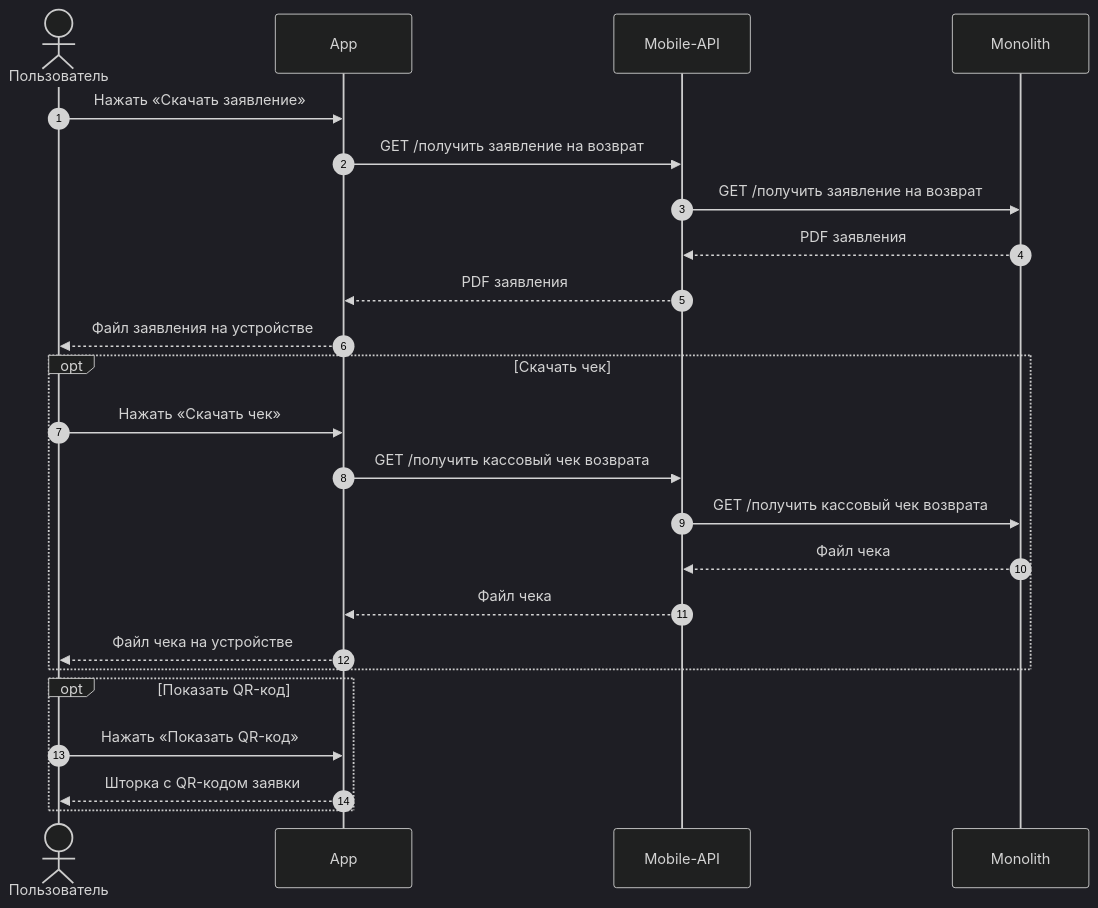
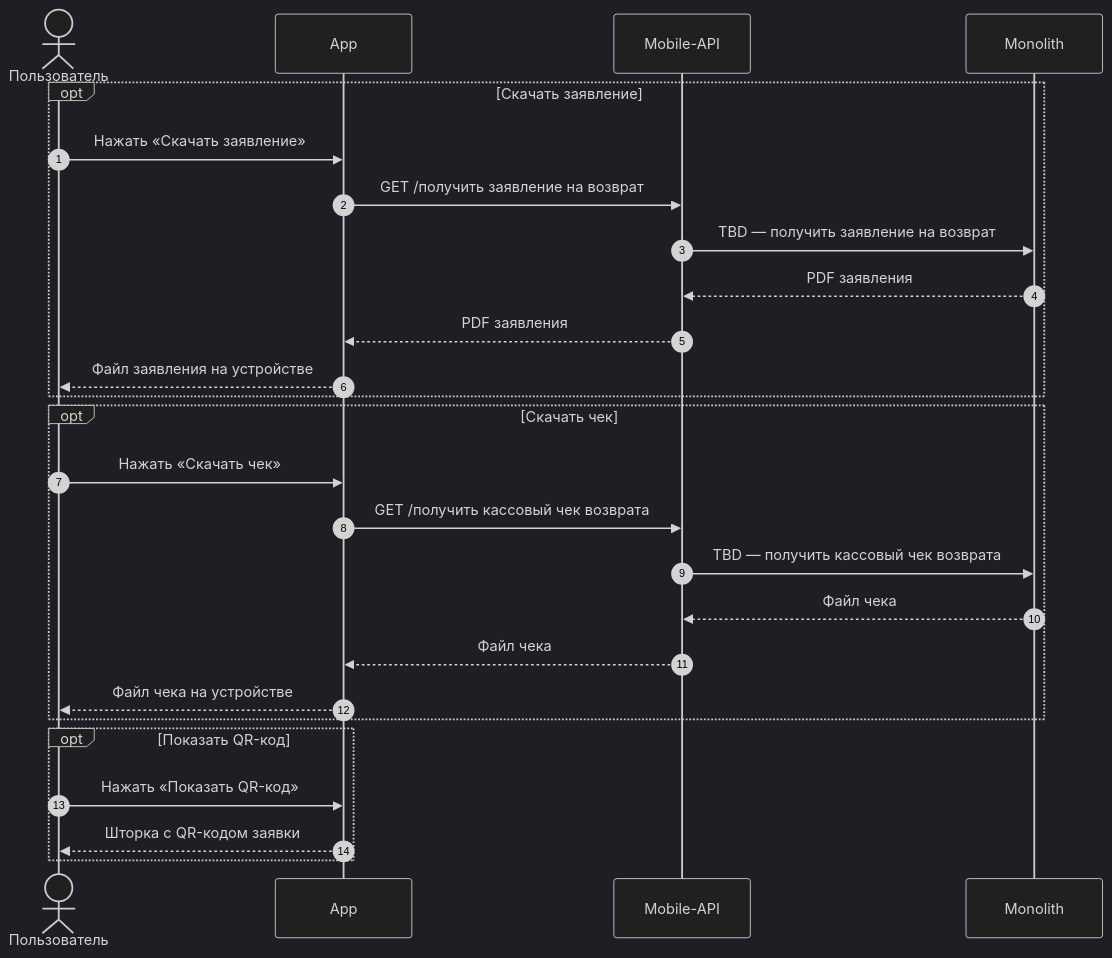
Before and after one commit to Terinss155/opencode-agents-analysis: diagram 20 of 21 in projects/returns-2.0/requirements/srs/srs-mobile-mvp.md, drawn with Mermaid (dark theme). The commit also changed other lines of this file and 6 other files, not shown here.

````diff
--- a/projects/returns-2.0/requirements/srs/srs-mobile-mvp.md
+++ b/projects/returns-2.0/requirements/srs/srs-mobile-mvp.md
@@ -1334,29 +1358,31 @@
 ```mermaid
 sequenceDiagram
     autonumber
     actor U as Пользователь
     participant APP as App
     participant API as Mobile-API
     participant MON as Monolith
 
-    U->>APP: Нажать «Скачать заявление»
-    APP->>API: GET /получить заявление на возврат
-    API->>MON: GET /получить заявление на возврат
-    MON-->>API: PDF заявления
-    API-->>APP: PDF заявления
-    APP-->>U: Файл заявления на устройстве
+    opt Скачать заявление
+        U->>APP: Нажать «Скачать заявление»
+        APP->>API: GET /получить заявление на возврат
+        API->>MON: TBD — получить заявление на возврат
+        MON-->>API: PDF заявления
+        API-->>APP: PDF заявления
+        APP-->>U: Файл заявления на устройстве
+    end
 
     opt Скачать чек
         U->>APP: Нажать «Скачать чек»
         APP->>API: GET /получить кассовый чек возврата
-        API->>MON: GET /получить кассовый чек возврата
+        API->>MON: TBD — получить кассовый чек возврата
         MON-->>API: Файл чека
         API-->>APP: Файл чека
         APP-->>U: Файл чека на устройстве
     end
 
     opt Показать QR-код
         U->>APP: Нажать «Показать QR-код»
         APP-->>U: Шторка с QR-кодом заявки
     end
 ```
````
